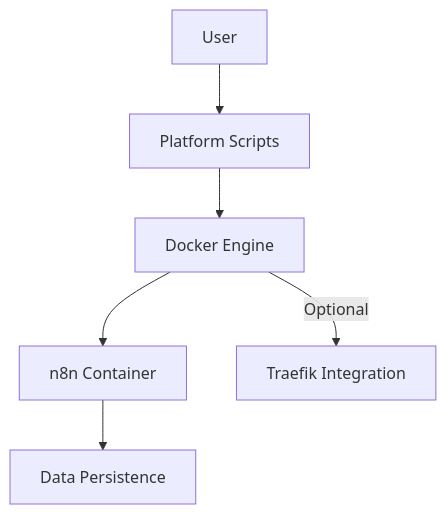
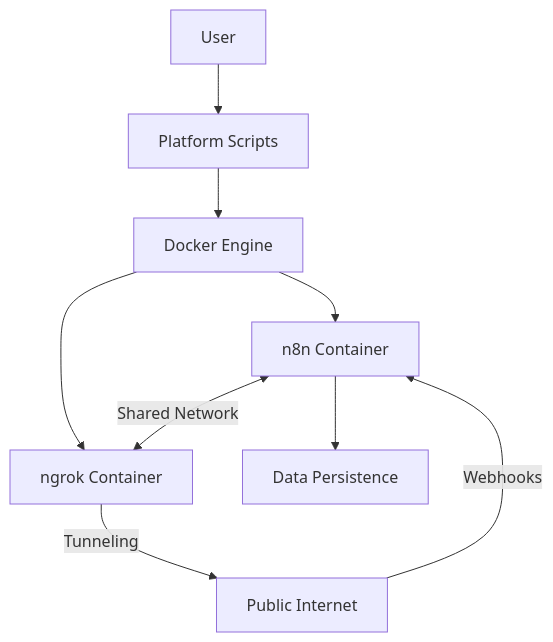
The diagram in memory-bank/systemPatterns.md (cristos-codence/docker_n8nSetup), drawn with Mermaid before and after one commit. The commit also changed other lines of this file and 14 other files, not shown here.

````diff
--- a/memory-bank/systemPatterns.md
+++ b/memory-bank/systemPatterns.md
@@ -7,8 +7,11 @@
 ```mermaid
 graph TD
     User[User] --> Scripts[Platform Scripts]
     Scripts --> Docker[Docker Engine]
     Docker --> N8N[n8n Container]
-    Docker --> |Optional| Traefik[Traefik Integration]
+    Docker --> Ngrok[ngrok Container]
+    Ngrok --> |Tunneling| Internet[Public Internet]
+    Internet --> |Webhooks| N8N
     N8N --> LocalVolume[Data Persistence]
+    N8N <--> |Shared Network| Ngrok
 ```
````
